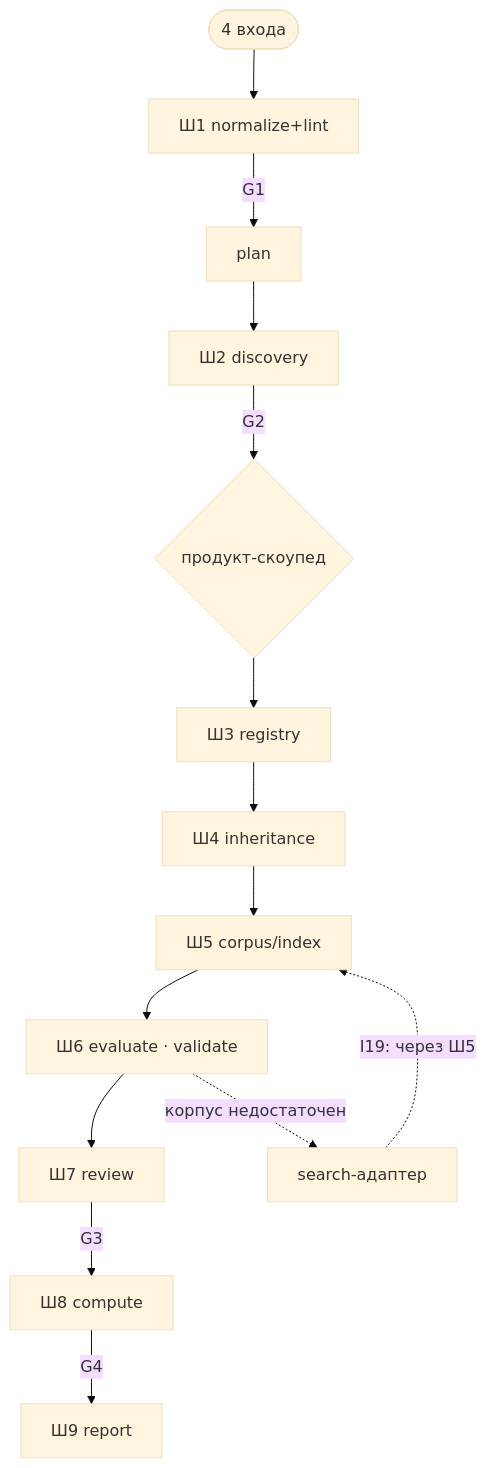
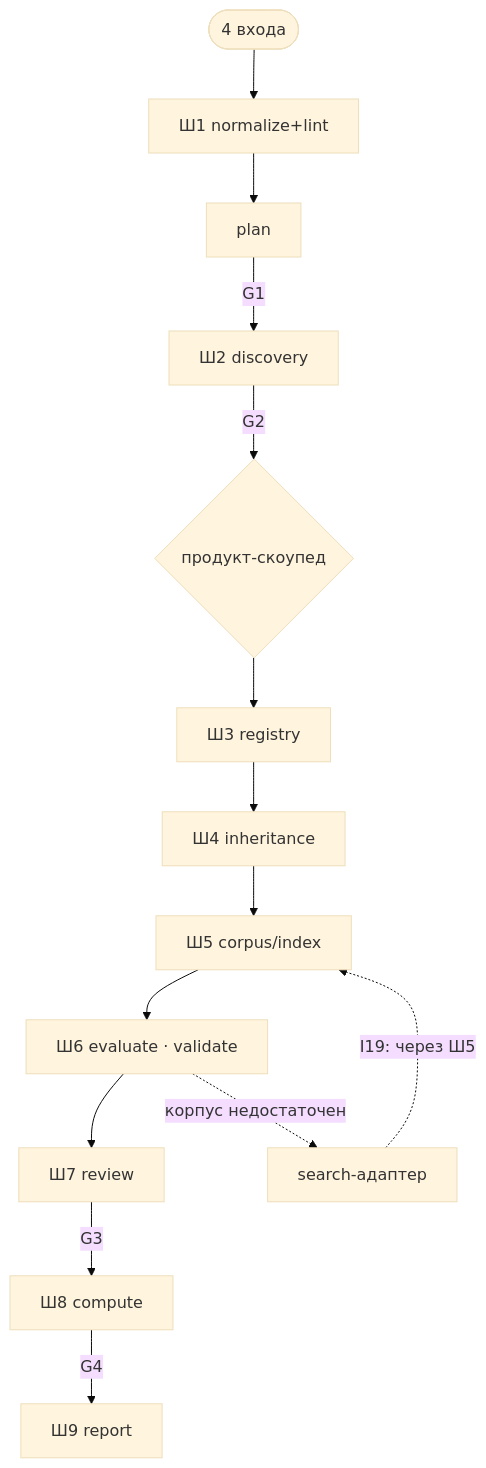
Before and after one commit to drbye78/cohound: the second of 2 diagrams in docs/architecture/00-overview.md, drawn with Mermaid (base theme). The commit also changed other lines of this file and 1 other file, not shown here.

First line of the commit message:
docs: 00/01 — карта совпала с деревом, порядок G1 после plan, двухуровневая сборка

````diff
--- a/docs/architecture/00-overview.md
+++ b/docs/architecture/00-overview.md
@@ -201,10 +242,9 @@
 ```mermaid
 flowchart TD
-    I([4 входа]) --> N[Ш1 normalize+lint] -->|G1| P[plan]
-    P --> D[Ш2 discovery] -->|G2| G{продукт-скоупед}
+    I([4 входа]) --> N[Ш1 normalize+lint] --> P[plan] -->|G1| D[Ш2 discovery] -->|G2| G{продукт-скоупед}
     G --> R[Ш3 registry] --> H[Ш4 inheritance] --> C[Ш5 corpus/index]
     C --> E[Ш6 evaluate · validate]
     E --> RV[Ш7 review] -->|G3| S[Ш8 compute]
     S -->|G4| RP[Ш9 report]
     E -.->|корпус недостаточен| SR[search-адаптер] -.->|I19: через Ш5| C
 ```
````
